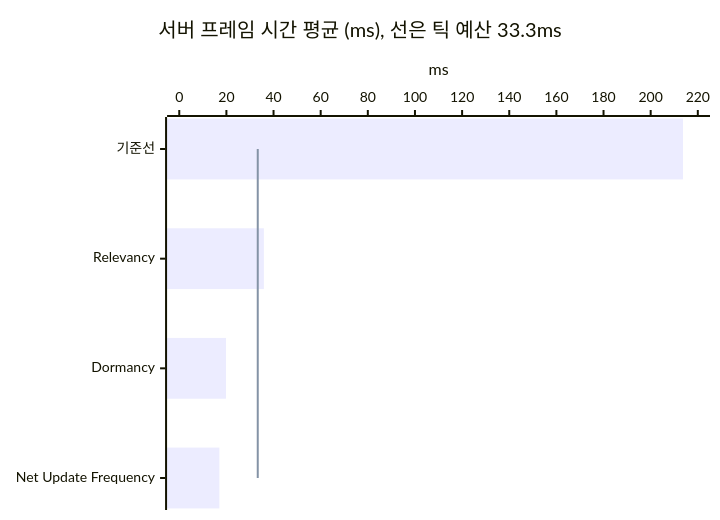
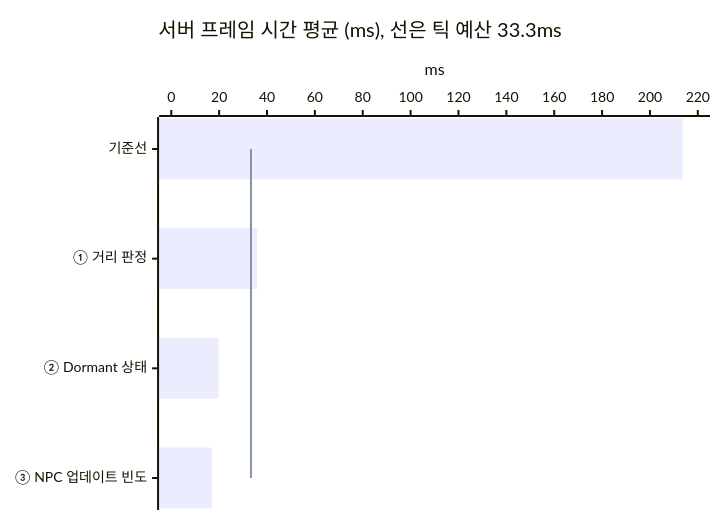
The diagram in Posts/06-three-techniques-again/README.md (hon454/ue-dedicated-server-optimization-lab), drawn with Mermaid before and after one commit. The commit also changed other lines of this file and 3 other files, not shown here.

````diff
--- a/Posts/06-three-techniques-again/README.md
+++ b/Posts/06-three-techniques-again/README.md
@@ -73,8 +81,8 @@
 ```mermaid
 xychart-beta horizontal
     title "서버 프레임 시간 평균 (ms), 선은 틱 예산 33.3ms"
-    x-axis ["기준선", "Relevancy", "Dormancy", "Net Update Frequency"]
+    x-axis ["기준선", "① 거리 판정", "② Dormant 상태", "③ NPC 업데이트 빈도"]
     y-axis "ms" 0 --> 220
     bar [213.71, 35.90, 19.81, 17.02]
     line [33.3, 33.3, 33.3, 33.3]
 ```
````
